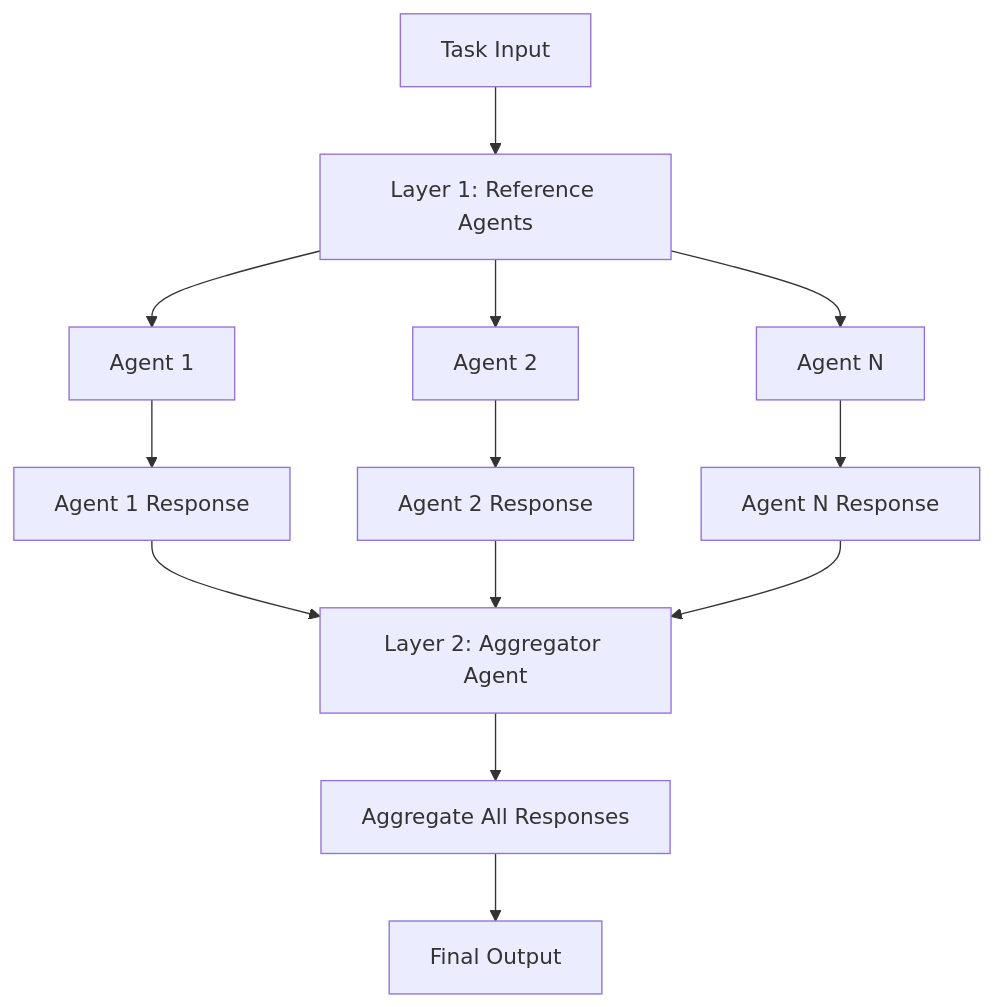
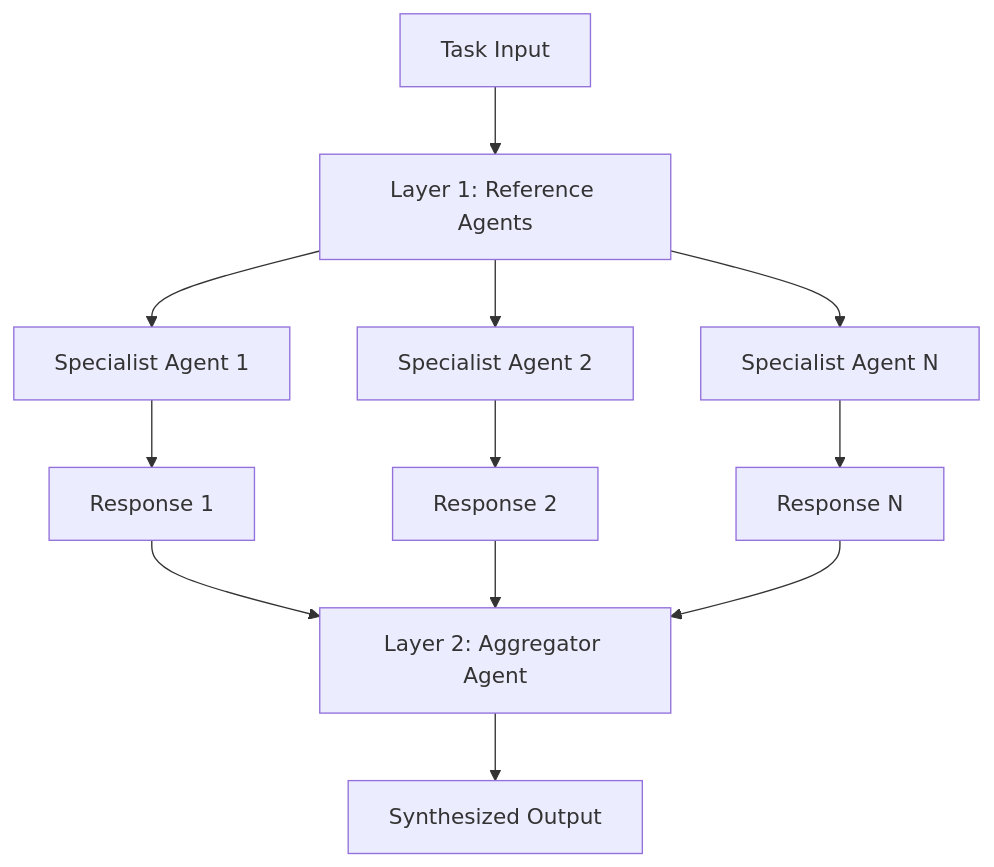
One commit to kyegomez/swarms changed the seventh of 23 diagrams in docs/swarms/concept/swarm_architectures.md. Above: the diagram before and after it, drawn with Mermaid. The commit also changed other lines of this file, not shown here.

Commit message:
what are multi agent architectures?

````diff
--- a/docs/swarms/concept/swarm_architectures.md
+++ b/docs/swarms/concept/swarm_architectures.md
@@ -183,16 +260,16 @@
 ```mermaid
-
 graph TD
     A[Task Input] --> B[Layer 1: Reference Agents]
-    B --> C[Agent 1]
-    B --> D[Agent 2]
-    B --> E[Agent N]
+    B --> C[Specialist Agent 1]
+    B --> D[Specialist Agent 2]
+    B --> E[Specialist Agent N]
 
-    C --> F[Agent 1 Response]
-    D --> G[Agent 2 Response]
-    E --> H[Agent N Response]
+    C --> F[Response 1]
+    D --> G[Response 2]
+    E --> H[Response N]
 
-    F & G & H --> I[Layer 2: Aggregator Agent]
-    I --> J[Aggregate All Responses]
-    J --> K[Final Output]
+    F --> I[Layer 2: Aggregator Agent]
+    G --> I
+    H --> I
+    I --> J[Synthesized Output]
 ```
````
